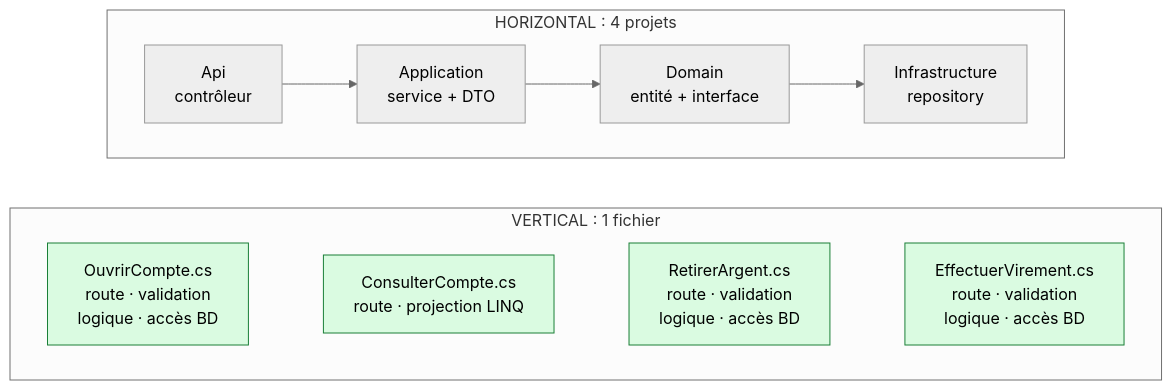
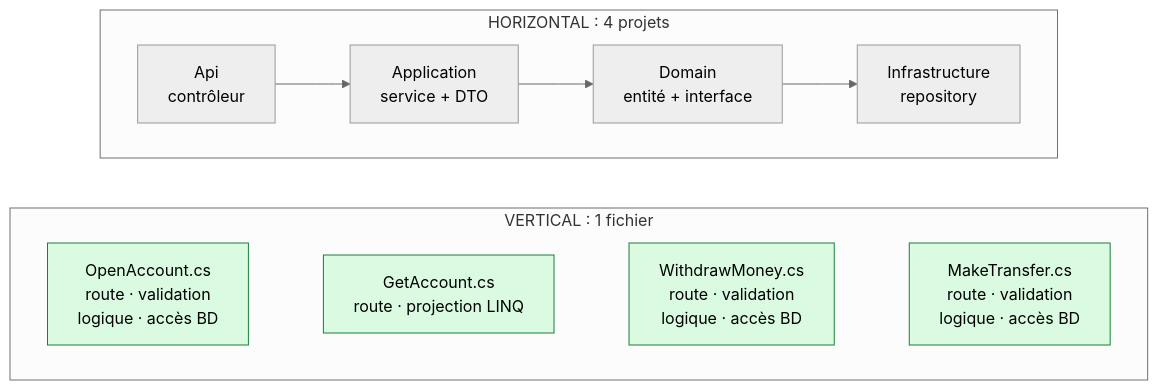
Before and after one commit to drangoht/ArchitecturesDemo: the first of 2 diagrams in Docs/05-vertical-slice.md, drawn with Mermaid (neutral theme). The commit also changed other lines of this file and 70 other files, not shown here.

Commit message:
Docs FR : identifiants, liens, diagrammes et sorties alignés sur le code anglais

````diff
--- a/Docs/05-vertical-slice.md
+++ b/Docs/05-vertical-slice.md
@@ -16,19 +16,19 @@
 ```mermaid
 flowchart TB
     subgraph H["HORIZONTAL : 4 projets"]
         direction LR
         h1["Api<br/>contrôleur"] --> h2["Application<br/>service + DTO"] --> h3["Domain<br/>entité + interface"] --> h4["Infrastructure<br/>repository"]
     end
     subgraph V["VERTICAL : 1 fichier"]
         direction LR
-        s1["OuvrirCompte.cs<br/>route · validation<br/>logique · accès BD"]
-        s2["ConsulterCompte.cs<br/>route · projection LINQ"]
-        s3["RetirerArgent.cs<br/>route · validation<br/>logique · accès BD"]
-        s4["EffectuerVirement.cs<br/>route · validation<br/>logique · accès BD"]
+        s1["OpenAccount.cs<br/>route · validation<br/>logique · accès BD"]
+        s2["GetAccount.cs<br/>route · projection LINQ"]
+        s3["WithdrawMoney.cs<br/>route · validation<br/>logique · accès BD"]
+        s4["MakeTransfer.cs<br/>route · validation<br/>logique · accès BD"]
         s1 ~~~ s2 ~~~ s3 ~~~ s4
     end
     H ~~~ V
 
     classDef tranche fill:#dafbe1,stroke:#1a7f37
     class s1,s2,s3,s4 tranche
 ```
````
